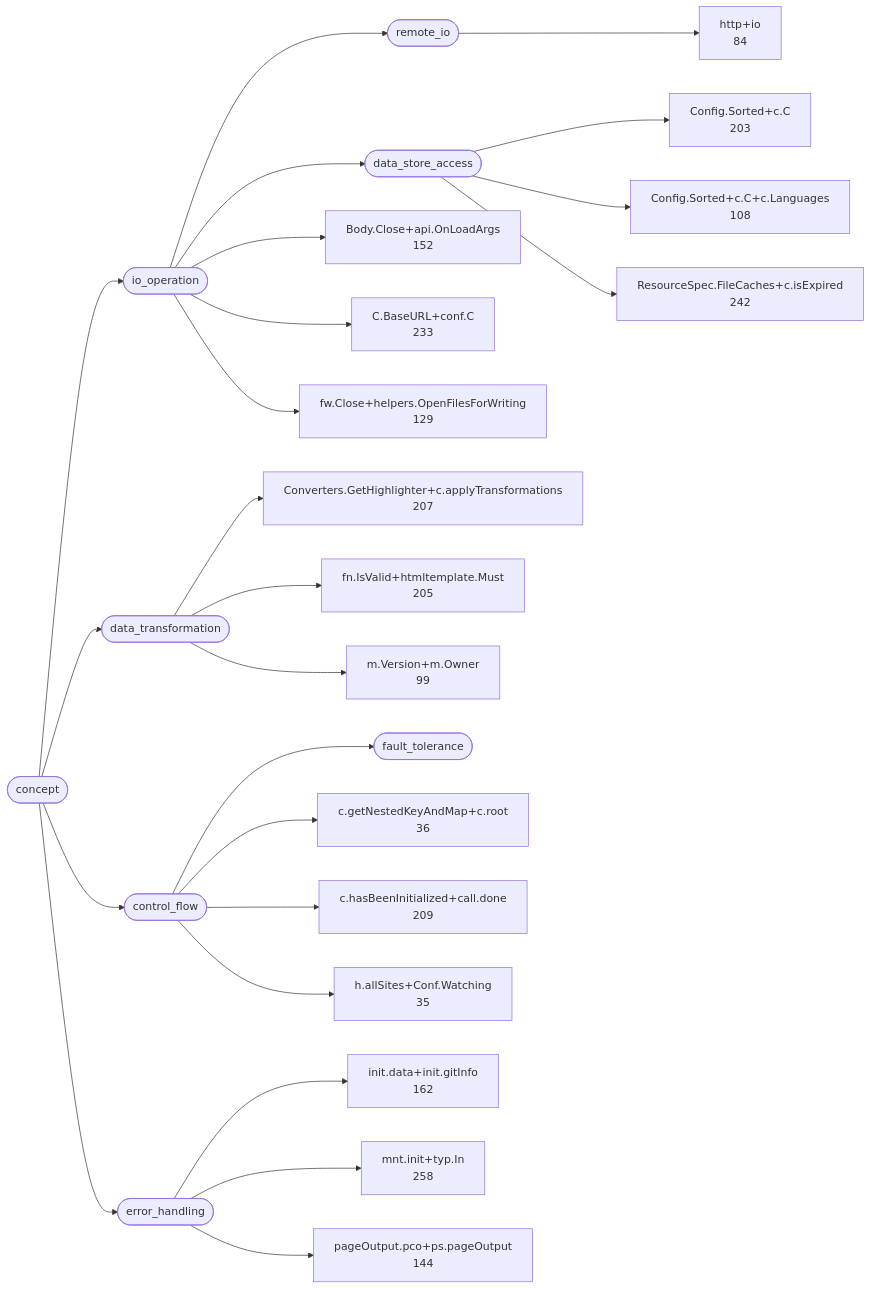
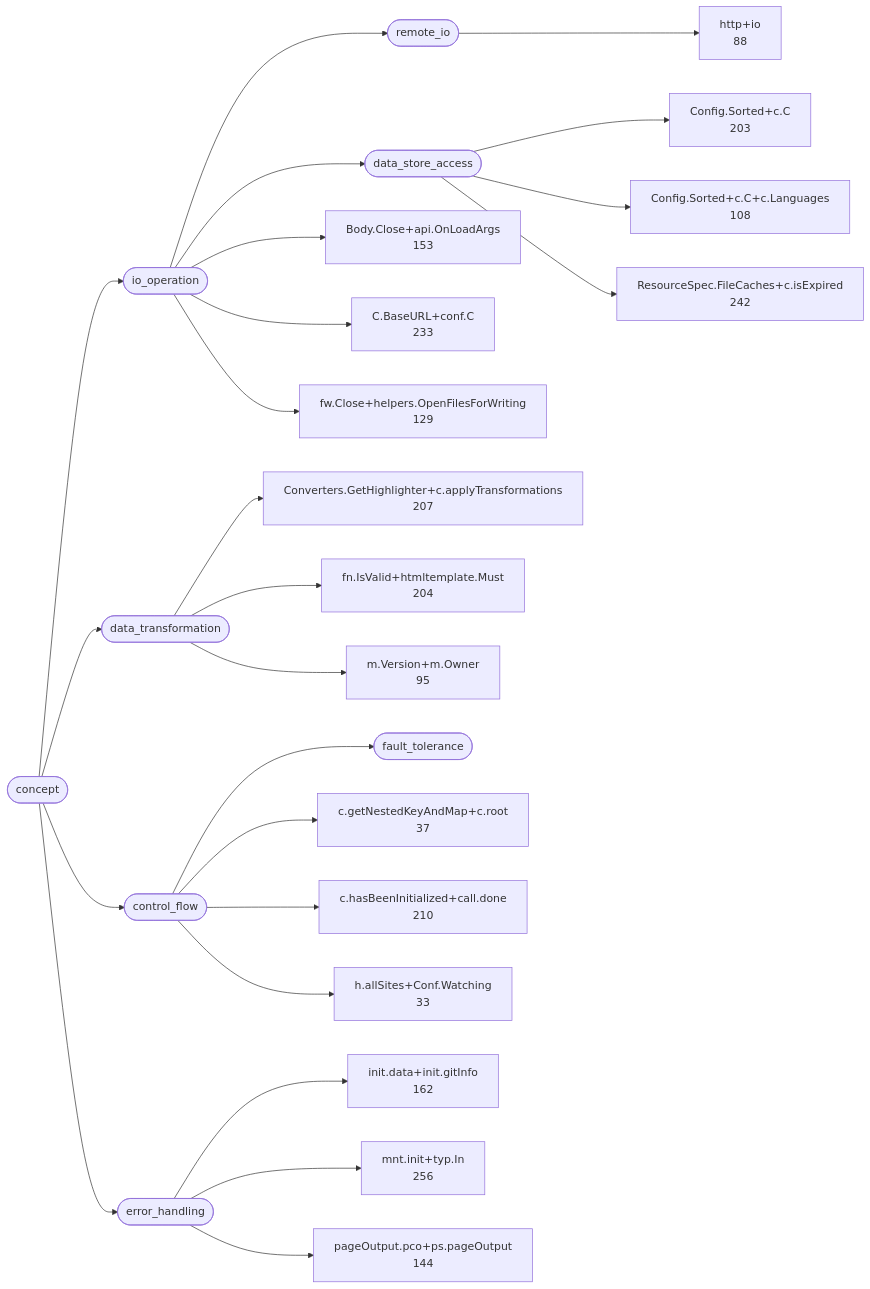
The second of 4 diagrams in examples/hugo.md (LukasSelin/doppel), drawn with Mermaid before and after one commit. The commit also changed other lines of this file and 7 other files, not shown here.

````diff
--- a/examples/hugo.md
+++ b/examples/hugo.md
@@ -112,50 +112,50 @@
 ```mermaid
 flowchart LR
     c0(["concept"])
     c1(["io_operation"])
     c2(["remote_io"])
     c3(["data_store_access"])
     c4(["data_transformation"])
     c5(["control_flow"])
     c6(["fault_tolerance"])
     c7(["error_handling"])
-    c8["Body.Close+api.OnLoadArgs<br/>152"]
+    c8["Body.Close+api.OnLoadArgs<br/>153"]
     c9["C.BaseURL+conf.C<br/>233"]
     c10["Config.Sorted+c.C<br/>203"]
     c11["Config.Sorted+c.C+c.Languages<br/>108"]
     c12["Converters.GetHighlighter+c.applyTransformations<br/>207"]
     c13["ResourceSpec.FileCaches+c.isExpired<br/>242"]
-    c14["c.getNestedKeyAndMap+c.root<br/>36"]
-    c15["c.hasBeenInitialized+call.done<br/>209"]
-    c16["fn.IsValid+htmltemplate.Must<br/>205"]
+    c14["c.getNestedKeyAndMap+c.root<br/>37"]
+    c15["c.hasBeenInitialized+call.done<br/>210"]
+    c16["fn.IsValid+htmltemplate.Must<br/>204"]
     c17["fw.Close+helpers.OpenFilesForWriting<br/>129"]
-    c18["h.allSites+Conf.Watching<br/>35"]
-    c19["http+io<br/>84"]
+    c18["h.allSites+Conf.Watching<br/>33"]
+    c19["http+io<br/>88"]
     c20["init.data+init.gitInfo<br/>162"]
-    c21["m.Version+m.Owner<br/>99"]
-    c22["mnt.init+typ.In<br/>258"]
+    c21["m.Version+m.Owner<br/>95"]
+    c22["mnt.init+typ.In<br/>256"]
     c23["pageOutput.pco+ps.pageOutput<br/>144"]
     c0 --> c1
     c1 --> c2
     c1 --> c3
     c0 --> c4
     c0 --> c5
     c5 --> c6
     c0 --> c7
     c1 --> c8
     c1 --> c9
     c3 --> c10
     c3 --> c11
     c4 --> c12
     c3 --> c13
     c5 --> c14
     c5 --> c15
     c4 --> c16
     c1 --> c17
     c5 --> c18
     c2 --> c19
     c7 --> c20
     c4 --> c21
     c7 --> c22
     c7 --> c23
 ```
````
